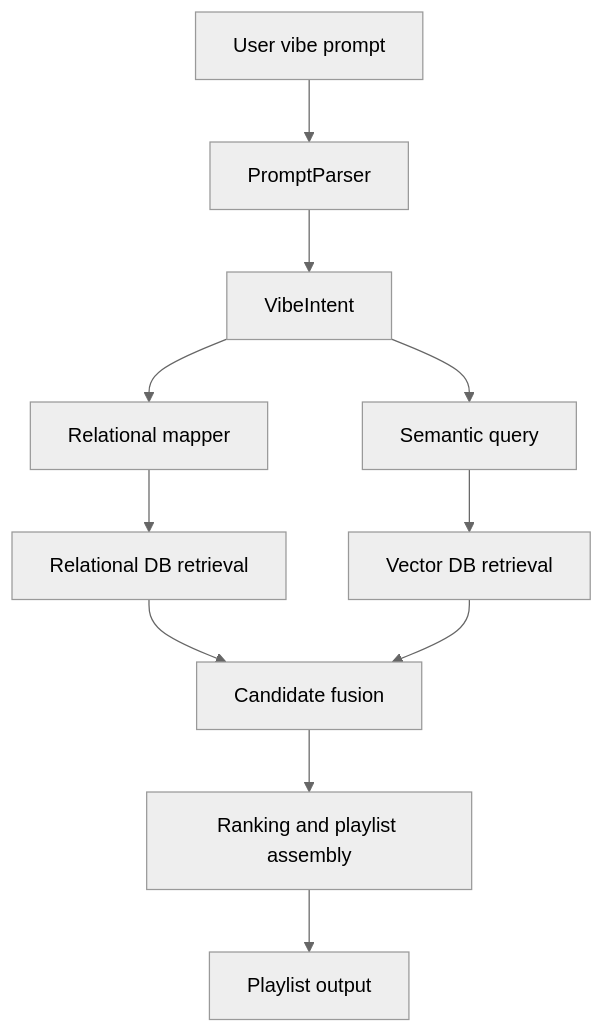
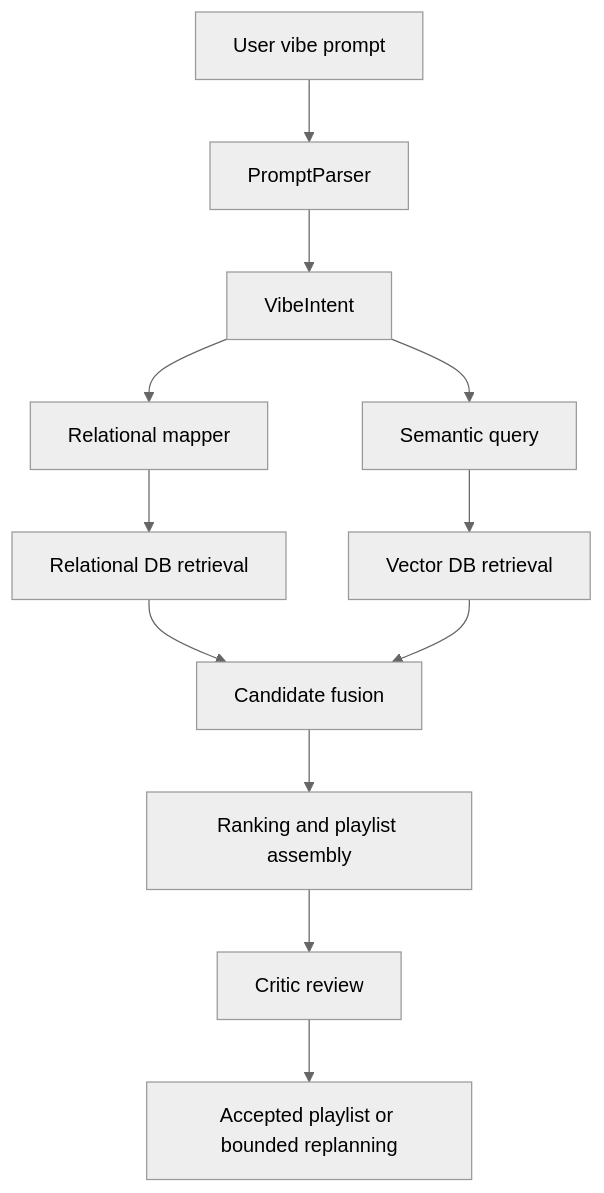
Before and after one commit to EchoAgent-team/EchoAgent: the first of 4 diagrams in README.md, drawn with Mermaid (neutral theme). The commit also changed other lines of this file and 4 other files, not shown here.

````diff
--- a/README.md
+++ b/README.md
@@ -39,13 +55,14 @@
 ```mermaid
 flowchart TD
     A[User vibe prompt] --> B[PromptParser]
     B --> C[VibeIntent]
     C --> D[Relational mapper]
     C --> E[Semantic query]
     D --> F[Relational DB retrieval]
     E --> G[Vector DB retrieval]
     F --> H[Candidate fusion]
     G --> H
     H --> I[Ranking and playlist assembly]
-    I --> J[Playlist output]
+    I --> J[Critic review]
+    J --> K[Accepted playlist or bounded replanning]
 ```
````
